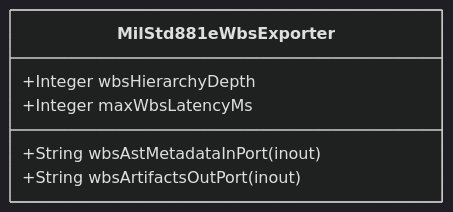
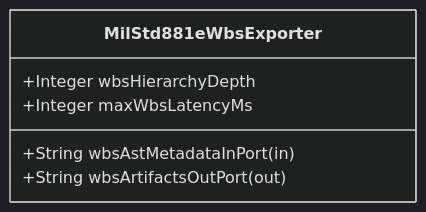
The diagram in .pipeline/upstream/docs/features/FEAT-20-MilStd881eWbsExporter.md (gintatkinson/DEAP01-spec-core), drawn with Mermaid (dark theme) before and after one commit. The commit also changed other lines of this file and 213 other files, not shown here.

````diff
--- a/.pipeline/upstream/docs/features/FEAT-20-MilStd881eWbsExporter.md
+++ b/.pipeline/upstream/docs/features/FEAT-20-MilStd881eWbsExporter.md
@@ -16,9 +16,9 @@
 ```mermaid
 classDiagram
     class MilStd881eWbsExporter {
-        +String wbsAstMetadataInPort (inout)
-        +String wbsArtifactsOutPort (inout)
+        +String wbsAstMetadataInPort (in)
+        +String wbsArtifactsOutPort (out)
         +Integer wbsHierarchyDepth
         +Integer maxWbsLatencyMs
     }
 ```
````
